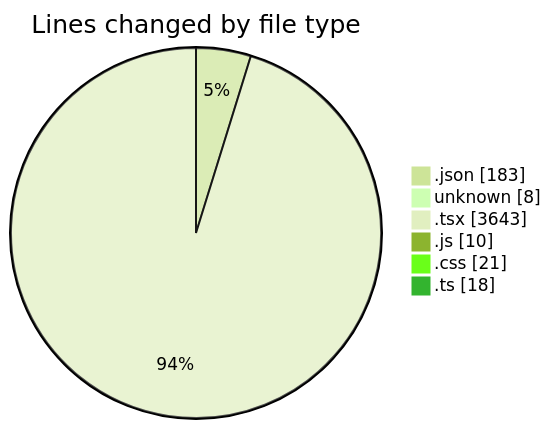
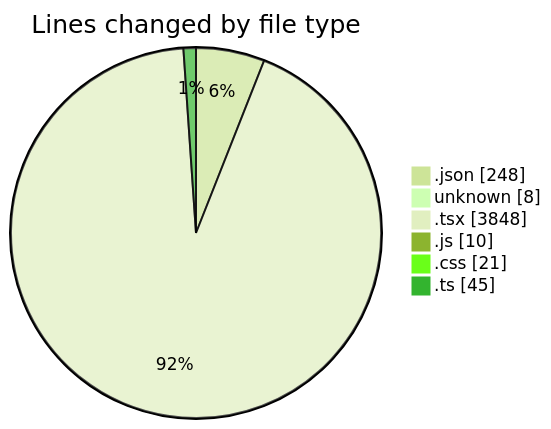
One commit to Elitesun/code-tracking changed the first of 2 diagrams in 2025-05-02/niten/README.md. Above: the diagram before and after it, drawn with Mermaid (forest theme). The commit also changed other lines of this file and 1 other file, not shown here.

````diff
--- a/2025-05-02/niten/README.md
+++ b/2025-05-02/niten/README.md
@@ -46,10 +51,10 @@
 ```mermaid
 pie showData
 title Lines changed by file type
-".json" : 183
+".json" : 248
 "unknown" : 8
-".tsx" : 3643
+".tsx" : 3848
 ".js" : 10
 ".css" : 21
-".ts" : 18
+".ts" : 45
 ```
````
